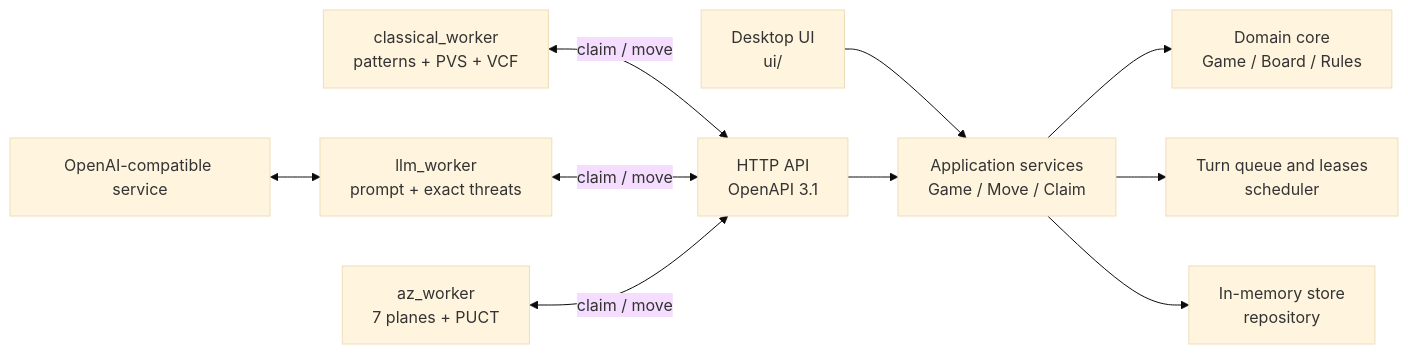
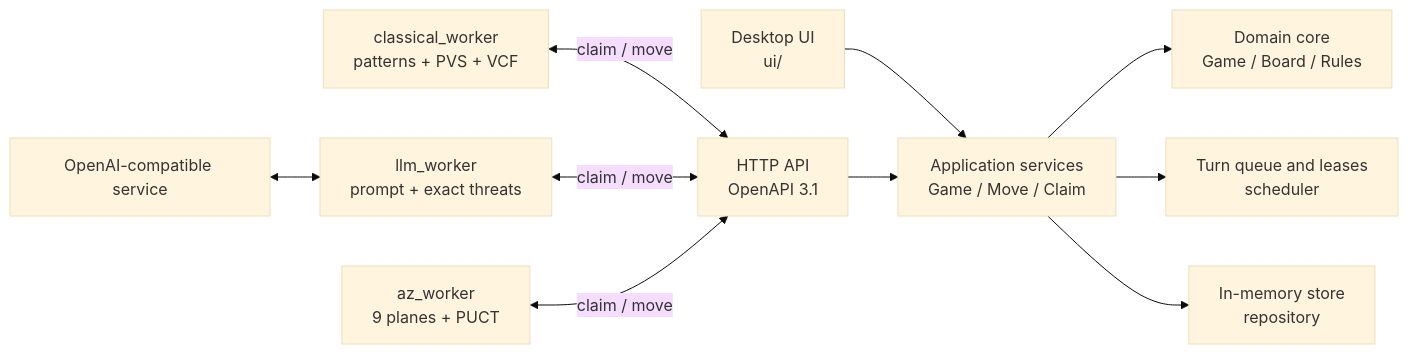
One commit to qzh200/Gomoku changed the diagram in README.en.md. Above: the diagram before and after it, drawn with Mermaid (base theme). The commit also changed other lines of this file and 20 other files, not shown here.

````diff
--- a/README.en.md
+++ b/README.en.md
@@ -75,12 +75,12 @@
 ```mermaid
 flowchart LR
   UI["Desktop UI<br/>ui/"] --> APP["Application services<br/>Game / Move / Claim"]
   API["HTTP API<br/>OpenAPI 3.1"] --> APP
   APP --> CORE["Domain core<br/>Game / Board / Rules"]
   APP --> SCH["Turn queue and leases<br/>scheduler"]
   APP --> MEM["In-memory store<br/>repository"]
   C["classical_worker<br/>patterns + PVS + VCF"] <-->|"claim / move"| API
   L["llm_worker<br/>prompt + exact threats"] <-->|"claim / move"| API
-  A["az_worker<br/>7 planes + PUCT"] <-->|"claim / move"| API
+  A["az_worker<br/>9 planes + PUCT"] <-->|"claim / move"| API
   O["OpenAI-compatible service"] <--> L
 ```
````
